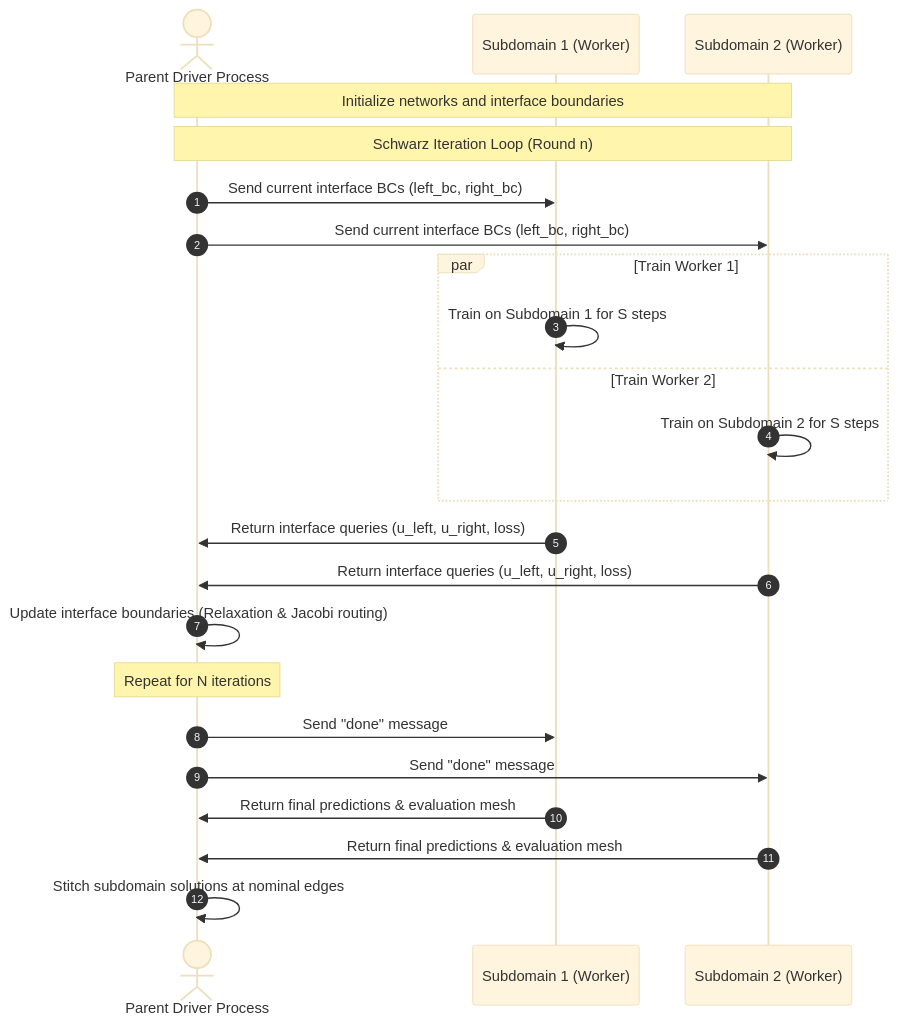
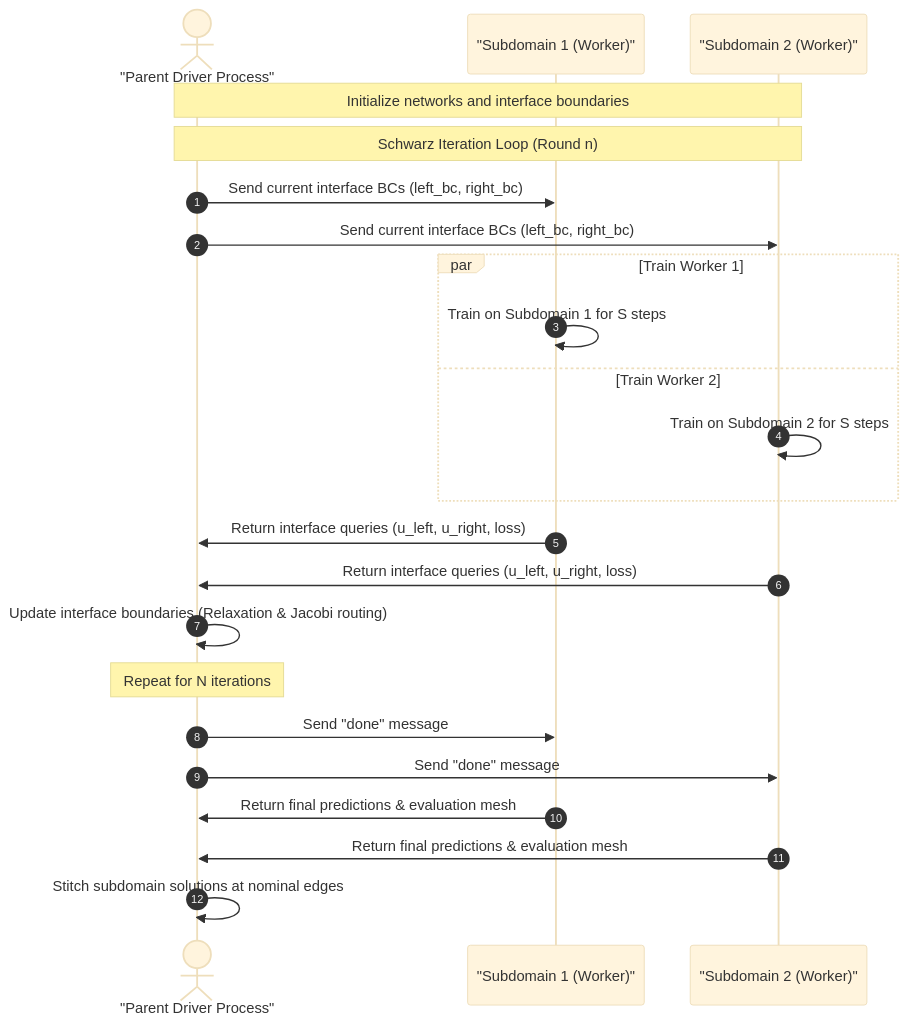
The second of 2 diagrams in README.md (Krishna-24-24/DD-ANN), drawn with Mermaid (base theme) before and after one commit. The commit also changed other lines of this file, not shown here.

````diff
--- a/README.md
+++ b/README.md
@@ -128,25 +128,25 @@
 ```mermaid
 sequenceDiagram
     autonumber
-    actor Driver as Parent Driver Process
-    participant W1 as Subdomain 1 (Worker)
-    participant W2 as Subdomain 2 (Worker)
+    actor Driver as "Parent Driver Process"
+    participant W1 as "Subdomain 1 (Worker)"
+    participant W2 as "Subdomain 2 (Worker)"
     Note over Driver, W2: Initialize networks and interface boundaries
     Note over Driver, W2: Schwarz Iteration Loop (Round n)
     Driver->>W1: Send current interface BCs (left_bc, right_bc)
     Driver->>W2: Send current interface BCs (left_bc, right_bc)
     par Train Worker 1
         W1->>W1: Train on Subdomain 1 for S steps
     and Train Worker 2
         W2->>W2: Train on Subdomain 2 for S steps
     end
     W1->>Driver: Return interface queries (u_left, u_right, loss)
     W2->>Driver: Return interface queries (u_left, u_right, loss)
     Driver->>Driver: Update interface boundaries (Relaxation & Jacobi routing)
     Note over Driver: Repeat for N iterations
     Driver->>W1: Send "done" message
     Driver->>W2: Send "done" message
     W1->>Driver: Return final predictions & evaluation mesh
     W2->>Driver: Return final predictions & evaluation mesh
     Driver->>Driver: Stitch subdomain solutions at nominal edges
 ```
````
